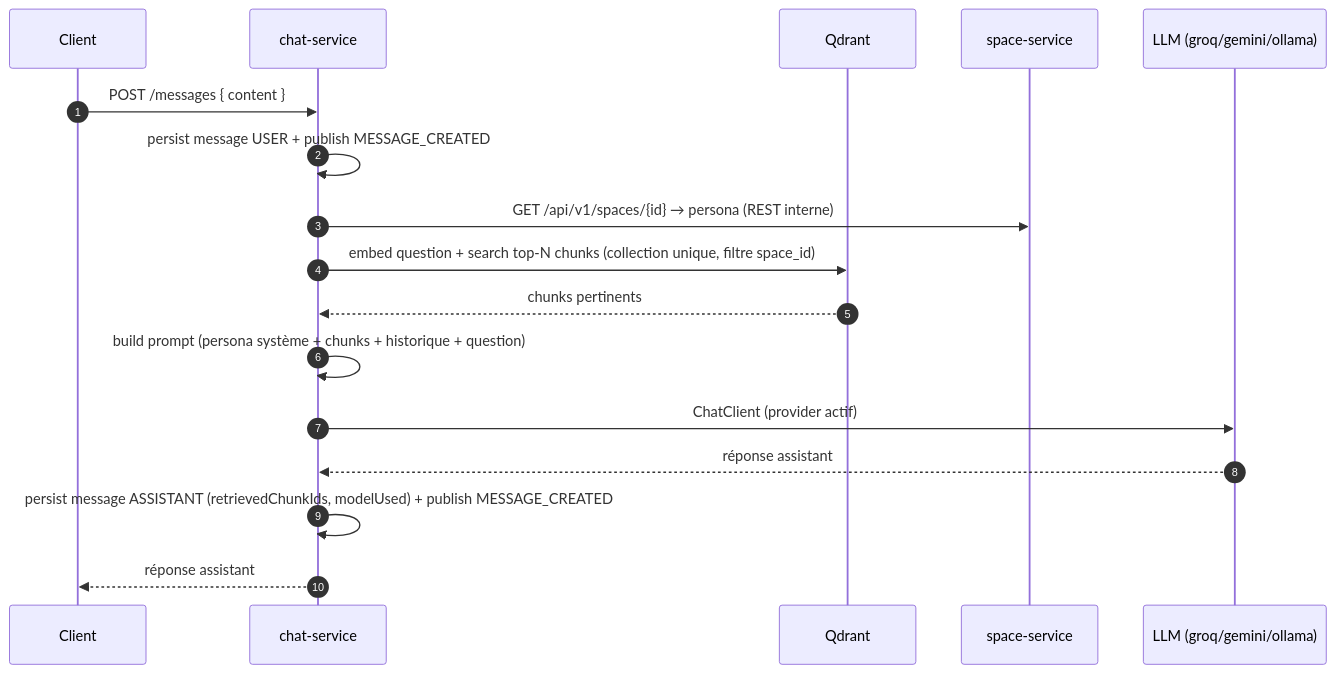
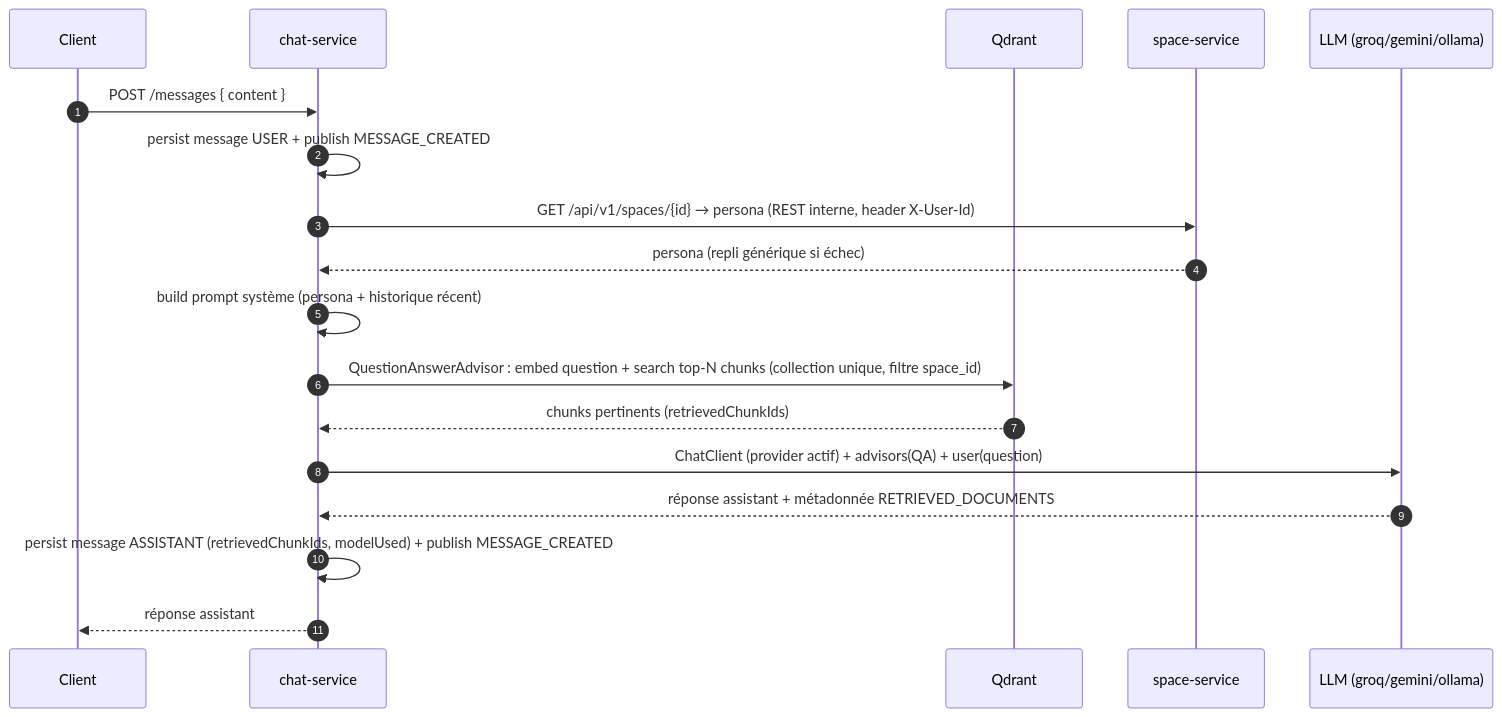
One commit to MixMaster2005/TsimokaAI changed the diagram in chat-service/README.md. Above: the diagram before and after it, drawn with Mermaid. The commit also changed other lines of this file and 11 other files, not shown here.

````diff
--- a/chat-service/README.md
+++ b/chat-service/README.md
@@ -40,19 +60,20 @@
 ```mermaid
 sequenceDiagram
     autonumber
     participant C as Client
     participant U as chat-service
     participant V as Qdrant
     participant S as space-service
     participant L as LLM (groq/gemini/ollama)
     C->>U: POST /messages { content }
     U->>U: persist message USER + publish MESSAGE_CREATED
-    U->>S: GET /api/v1/spaces/{id} → persona (REST interne)
-    U->>V: embed question + search top-N chunks (collection unique, filtre space_id)
-    V-->>U: chunks pertinents
-    U->>U: build prompt (persona système + chunks + historique + question)
-    U->>L: ChatClient (provider actif)
-    L-->>U: réponse assistant
+    U->>S: GET /api/v1/spaces/{id} → persona (REST interne, header X-User-Id)
+    S-->>U: persona (repli générique si échec)
+    U->>U: build prompt système (persona + historique récent)
+    U->>V: QuestionAnswerAdvisor : embed question + search top-N chunks (collection unique, filtre space_id)
+    V-->>U: chunks pertinents (retrievedChunkIds)
+    U->>L: ChatClient (provider actif) + advisors(QA) + user(question)
+    L-->>U: réponse assistant + métadonnée RETRIEVED_DOCUMENTS
     U->>U: persist message ASSISTANT (retrievedChunkIds, modelUsed) + publish MESSAGE_CREATED
     U-->>C: réponse assistant
 ```
````
